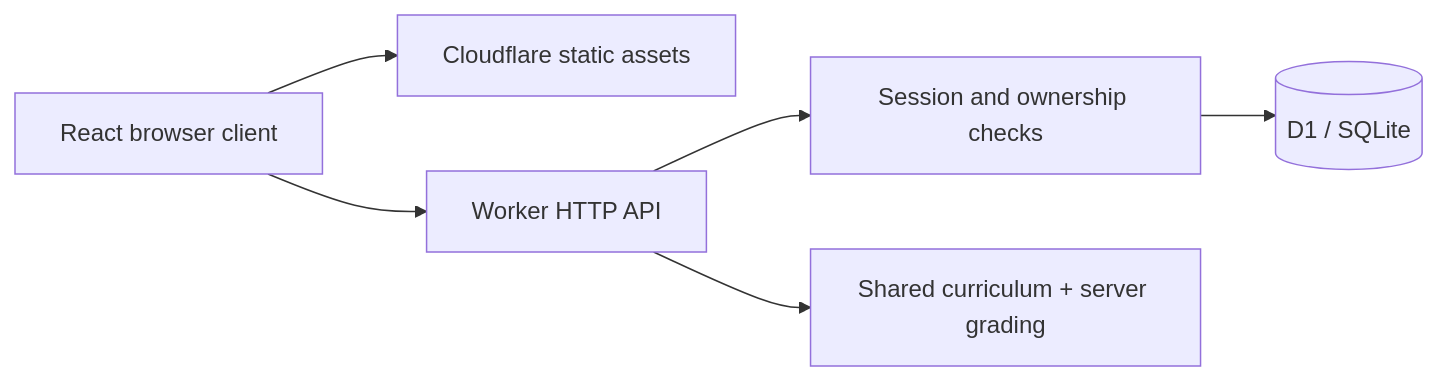
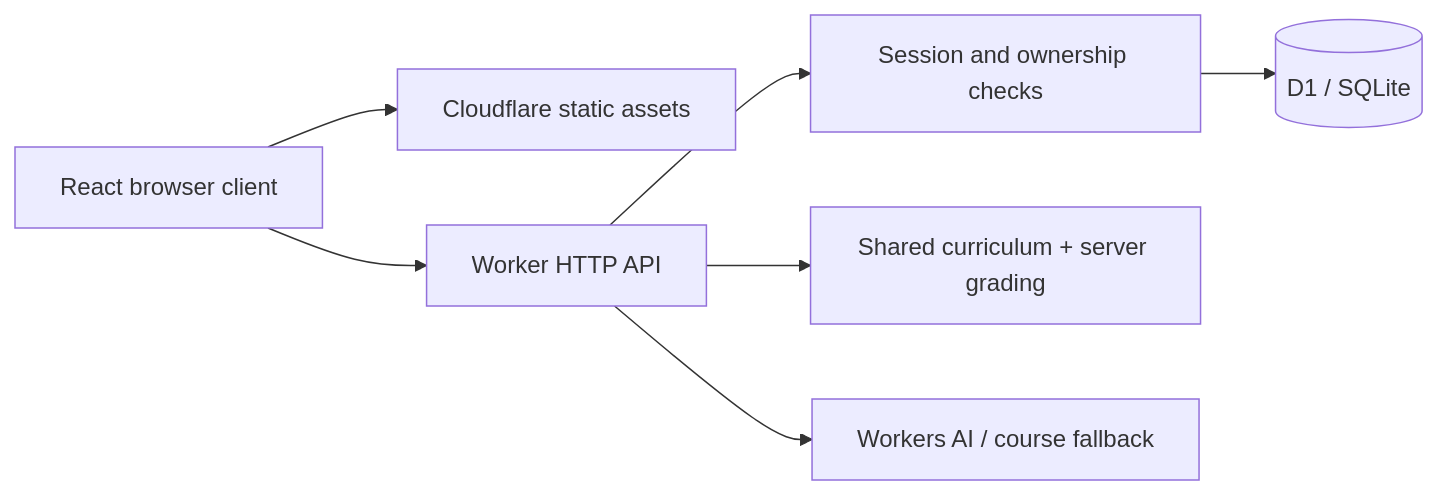
One commit to VasilievNichita/interview-lab changed the diagram in docs/architecture.md. Above: the diagram before and after it, drawn with Mermaid. The commit also changed other lines of this file and 9 other files, not shown here.

````diff
--- a/docs/architecture.md
+++ b/docs/architecture.md
@@ -3,8 +3,9 @@
 ```mermaid
 flowchart LR
   Browser[React browser client] --> Assets[Cloudflare static assets]
   Browser --> API[Worker HTTP API]
   API --> Auth[Session and ownership checks]
   Auth --> D1[(D1 / SQLite)]
   API --> Grade[Shared curriculum + server grading]
+  API --> Mentor[Workers AI / course fallback]
 ```
````
